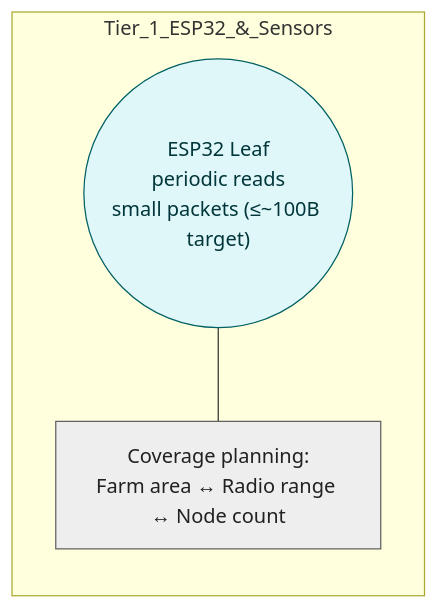
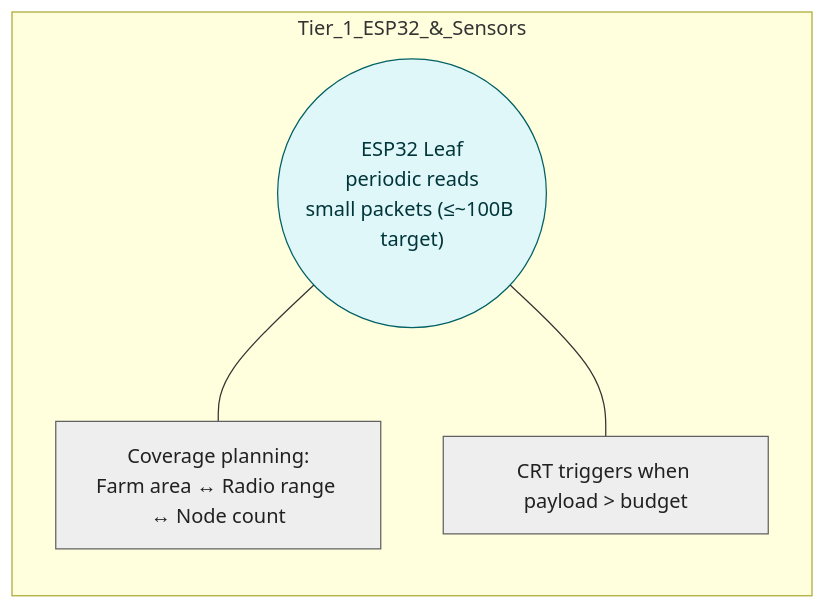
Before and after one commit to forchag/hyperledger: the diagram in mermaid diagram/figure1_three_tier_system_architecture.md, drawn with Mermaid. The commit also changed other lines of this file, not shown here.

Commit message:
docs: expand tier 1 sensor payload details

````diff
--- a/mermaid diagram/figure1_three_tier_system_architecture.md
+++ b/mermaid diagram/figure1_three_tier_system_architecture.md
@@ -15,11 +19,13 @@
 ```mermaid
 flowchart LR
   subgraph Tier_1_ESP32_&_Sensors
     LEAF(("ESP32 Leaf\nperiodic reads\nsmall packets (≤~100B target)")):::device
     COV[Coverage planning:\nFarm area ↔ Radio range ↔ Node count]:::note
+    CRT_NOTE[CRT triggers when payload > budget]:::note
   end
   LEAF --- COV
+  LEAF --- CRT_NOTE
 
   classDef device fill:#e0f7fa,stroke:#006064,color:#00363a;
   classDef note fill:#eeeeee,stroke:#616161,color:#212121;
 ```
````
